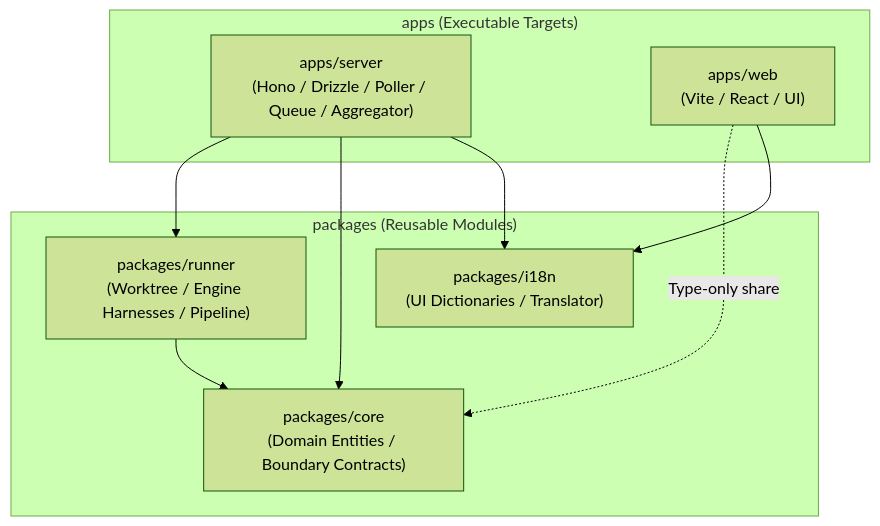
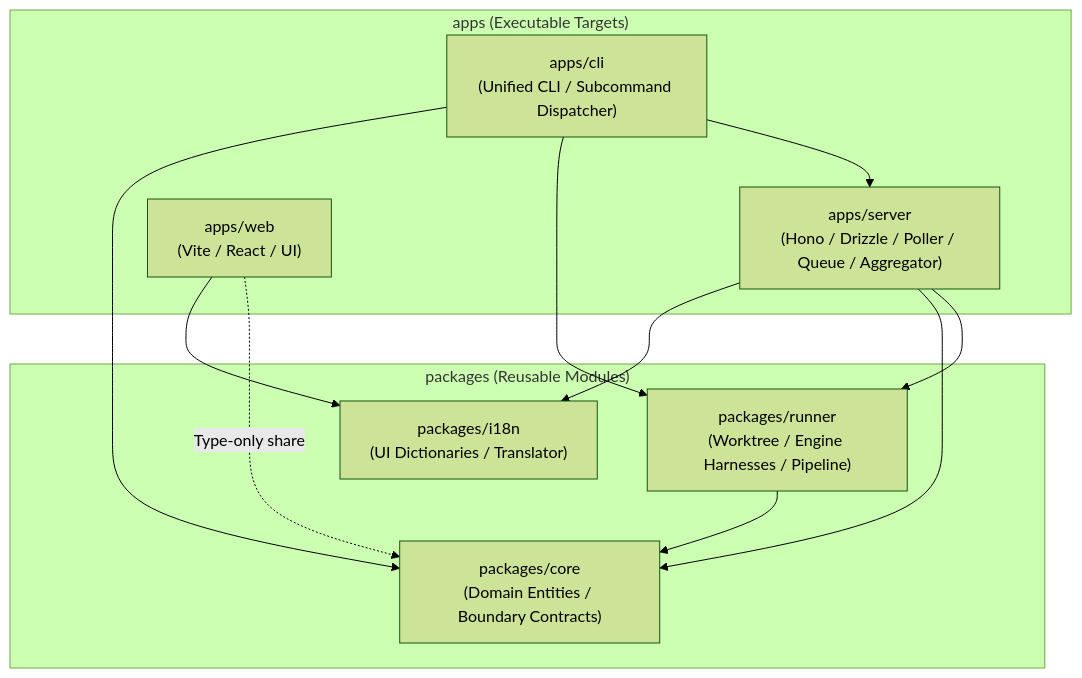
Before and after one commit to fuji44/kuramori: the first of 2 diagrams in docs/architecture.md, drawn with Mermaid (forest theme). The commit also changed other lines of this file and 1 other file, not shown here.

Commit message:
docs: update deterministic commands and monorepo architecture for apps/cli

````diff
--- a/docs/architecture.md
+++ b/docs/architecture.md
@@ -19,20 +19,24 @@
 ```mermaid
 flowchart TD
     subgraph AppsArea["apps (Executable Targets)"]
+        CliApp["apps/cli<br>(Unified CLI / Subcommand Dispatcher)"]
         ServerApp["apps/server<br>(Hono / Drizzle / Poller / Queue / Aggregator)"]
         WebApp["apps/web<br>(Vite / React / UI)"]
     end
 
     subgraph PackagesArea["packages (Reusable Modules)"]
         RunnerPkg["packages/runner<br>(Worktree / Engine Harnesses / Pipeline)"]
         CorePkg["packages/core<br>(Domain Entities / Boundary Contracts)"]
         I18nPkg["packages/i18n<br>(UI Dictionaries / Translator)"]
     end
 
+    CliApp --> ServerApp
+    CliApp --> RunnerPkg
+    CliApp --> CorePkg
     ServerApp --> RunnerPkg
     ServerApp --> CorePkg
     ServerApp --> I18nPkg
     WebApp -.->|Type-only share| CorePkg
     WebApp --> I18nPkg
     RunnerPkg --> CorePkg
 ```
````
